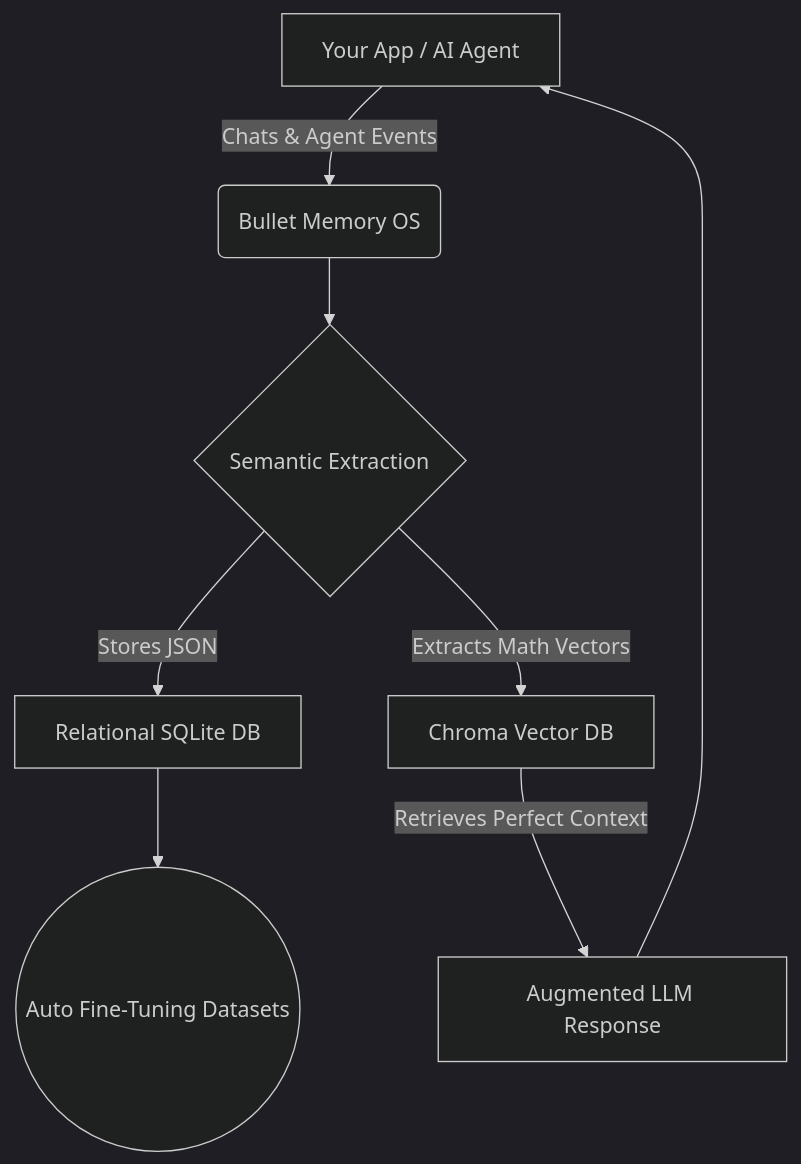
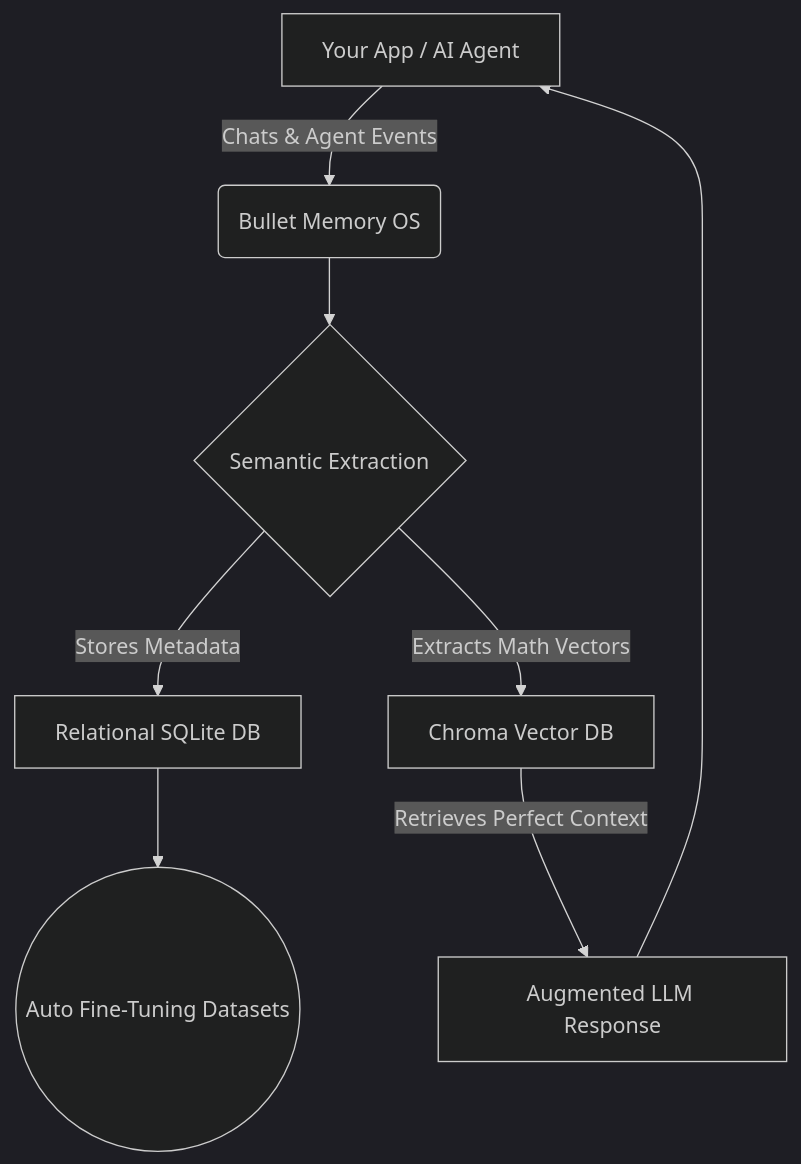
The diagram in README.md (Sudhanwa-git/Bullet-Memory), drawn with Mermaid (dark theme) before and after one commit. The commit also changed other lines of this file and 4 other files, not shown here.

````diff
--- a/README.md
+++ b/README.md
@@ -19,10 +19,10 @@
 ```mermaid
 graph TD
     A[Your App / AI Agent] -->|Chats & Agent Events| B(Bullet Memory OS)
     B --> C{Semantic Extraction}
-    C -->|Stores JSON| E[Relational SQLite DB]
+    C -->|Stores Metadata| E[Relational SQLite DB]
     C -->|Extracts Math Vectors| D[Chroma Vector DB]
     E --> F((Auto Fine-Tuning Datasets))
     D -->|Retrieves Perfect Context| G[Augmented LLM Response]
     G --> A
 ```
````
